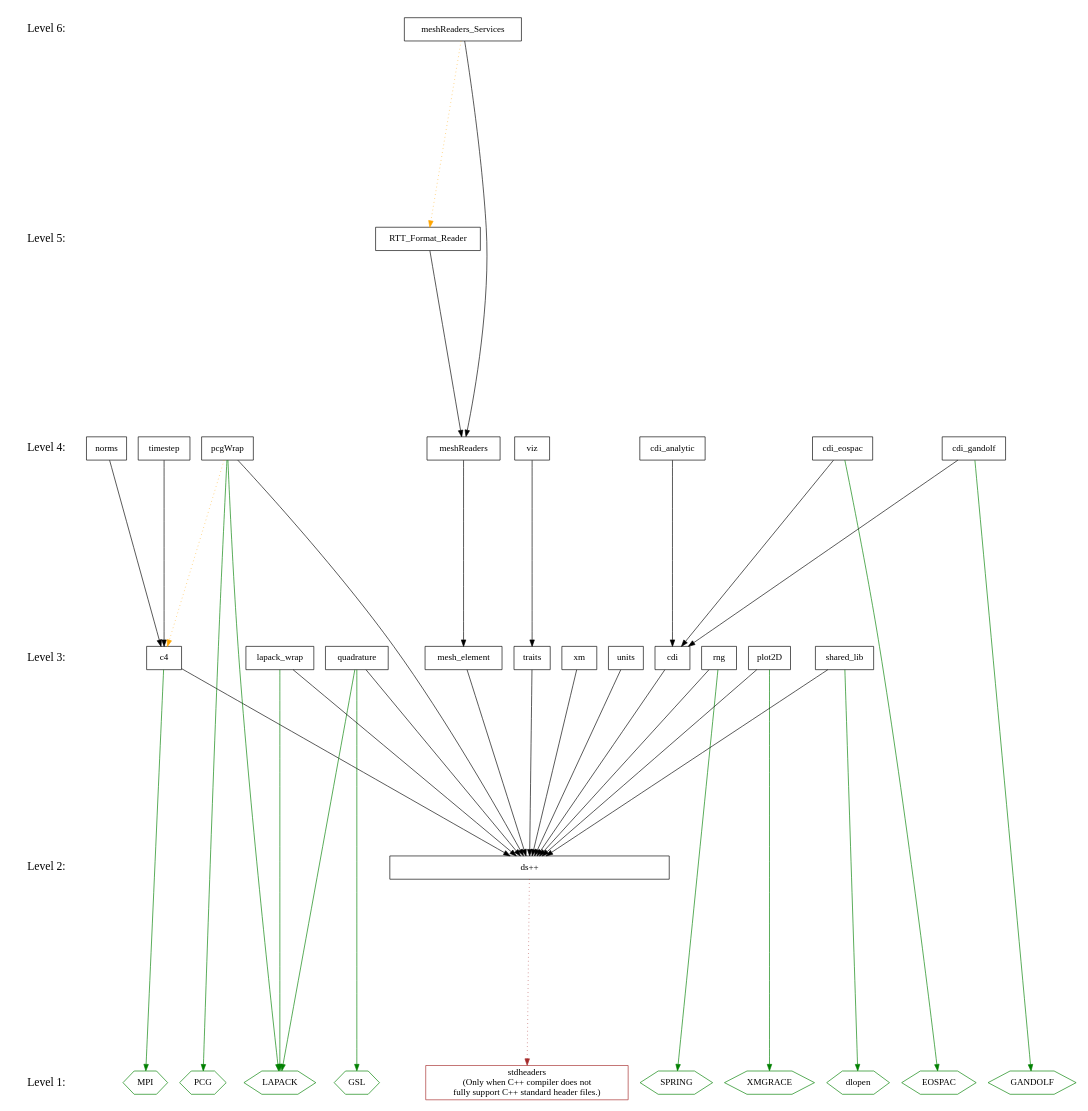
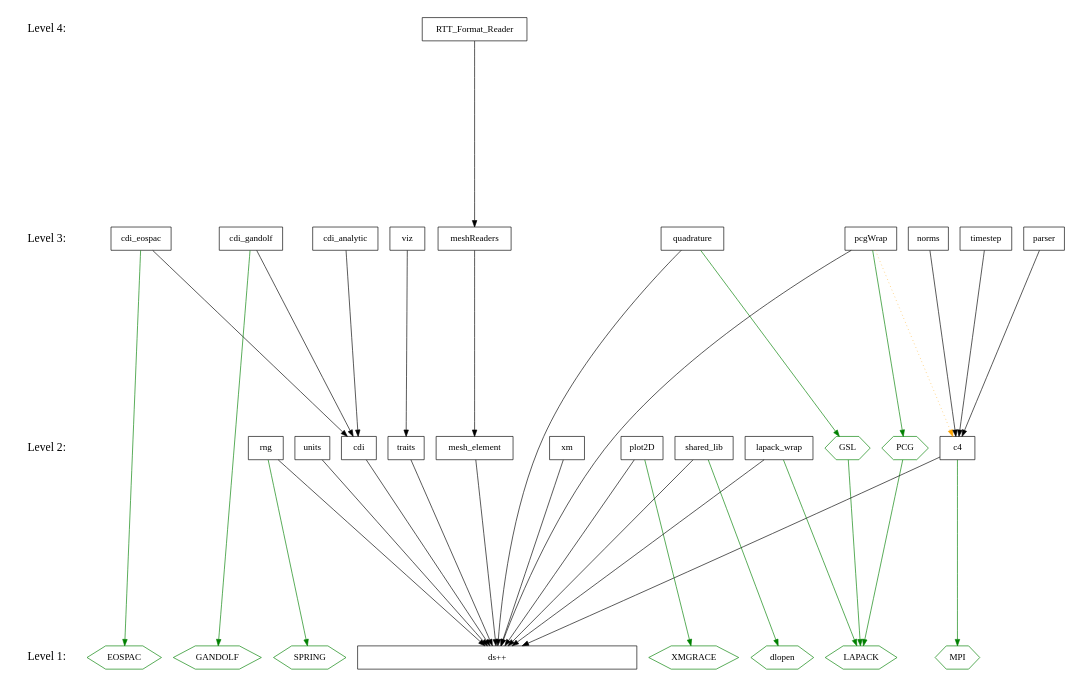
The diagram in doc/design/level.dot (losalamos/Draco), drawn with Graphviz before and after one commit. The commit also changed 51 other files, not shown here.

```diff
--- a/doc/design/level.dot
+++ b/doc/design/level.dot
@@ -1,121 +1,119 @@
 digraph draco_level {
     /* graph attributes */
     center=1;
     size="7.5,10";
     ranksep=4;
     
     /* levels */
     level1 [shape=plaintext, label="Level 1:", fontsize=18];
     level2 [shape=plaintext, label="Level 2:", fontsize=18];
     level3 [shape=plaintext, label="Level 3:", fontsize=18];
     level4 [shape=plaintext, label="Level 4:", fontsize=18];
-    level5 [shape=plaintext, label="Level 5:", fontsize=18];
-    level6 [shape=plaintext, label="Level 6:", fontsize=18];
+/*     level5 [shape=plaintext, label="Level 5:", fontsize=18]; */
+/*    level6 [shape=plaintext, label="Level 6:", fontsize=18]; */
     
-    level6 -> level5 -> level4 -> level3 -> level2 -> level1 [style=invis];
+    /* level6 -> level5 -> */
+    level4 -> level3 -> level2 -> level1 [style=invis];
     
     /* packages */
 
     /* level 1 */
-    stdheaders [shape=box,     color=brown, label="stdheaders\n(Only when C++ compiler does not\nfully support C++ standard header files.)"];
+/*    stdheaders [shape=box,     color=brown, label="stdheaders\n(Only when
+      C++ compiler does not\nfully support C++ standard header files.)"]; */
     vmpi       [shape=hexagon, color=green, label="MPI"];
     vlapack    [shape=hexagon, color=green, label="LAPACK"];
-    vpcg       [shape=hexagon, color=green, label="PCG"];
     vgandolf   [shape=hexagon, color=green, label="GANDOLF"];
     veospac    [shape=hexagon, color=green, label="EOSPAC"];
     vgrace     [shape=hexagon, color=green, label="XMGRACE"];
     vspring    [shape=hexagon, color=green, label="SPRING"];
     vdlopen    [shape=hexagon, color=green, label="dlopen"];
-    vgsl       [shape=hexagon, color=green, label="GSL"];
         
-    /* level 2 */
     dsxx [shape=box, label="ds++", width=6];
     
-    /* level 3 */
+    /* level 2 */
+    vgsl       [shape=hexagon, color=green, label="GSL"];
+    vpcg       [shape=hexagon, color=green, label="PCG"];
+
     traits [shape=box, label="traits"];
     xm     [shape=box, label="xm"];
     c4     [shape=box, label="c4"];
     rng    [shape=box, label="rng"];
     units  [shape=box, label="units"];
     cdi    [shape=box, label="cdi"];
-    quad   [shape=box, label="quadrature"];
     meshelement [shape=box, label="mesh_element"];
     plot   [shape=box, label="plot2D"];
     lapack [shape=box, label="lapack_wrap"];
     shlib  [shape=box, label="shared_lib"];
     
-    /* level 4 */
+    /* level 3 */
+    quad   [shape=box, label="quadrature"];
     viz      [shape=box, label="viz"];
     timestep [shape=box, label="timestep"];
     cdianal  [shape=box, label="cdi_analytic"];
     cdieos   [shape=box, label="cdi_eospac"];
     cdigan   [shape=box, label="cdi_gandolf"];
     pcg      [shape=box, label="pcgWrap"];
     meshread [shape=box, label="meshReaders"];
+    parser   [shape=box, label="parser"];
     norms    [shape=box, label="norms"];
     
-    /* level 5 */
+    /* level 4 */
     rttread     [shape=box, label="RTT_Format_Reader"];
     
     /* level 6 */
-    meshservice [shape=box, label="meshReaders_Services"];
+/*    meshservice [shape=box, label="meshReaders_Services"]; */
     
     /* dependencies */
-    {rank=same; level1 stdheaders vlapack vpcg vmpi veospac  vgandolf vgrace vspring vdlopen vgsl};
-    {rank=same; level2 dsxx};
-    {rank=same; level3 shlib plot lapack traits xm c4 rng units cdi quad meshelement};
-    {rank=same; level4 viz timestep cdianal cdieos cdigan pcg meshread};
-    {rank=same; level5 rttread};
-    {rank=same; level6 meshservice};
+    {rank=same; level1 dsxx vlapack vmpi veospac  vgandolf vgrace vspring vdlopen };
+    {rank=same; level2 shlib plot lapack traits xm c4 rng units cdi meshelement vgsl vpcg};
+    {rank=same; level3 viz timestep cdianal cdieos cdigan pcg meshread quad parser};
+    {rank=same; level4 rttread};
+/*    {rank=same; level6 meshservice}; */
     
     /* draco packages */
 
     /* NOTE:  hidden dependencies are in comments at the end of each line.
      * For example if a package depends on c4 it implicitly depends on dsxx
      * as well.  The dependency on dsxx is not shown explicitly on the
      * graph. 
     
     /* level 2 */
-    dsxx -> {stdheaders}   [color="brown" style=dotted];
-    
-    /* level 3 */
     xm          -> {dsxx};
     units       -> {dsxx};
     traits      -> {dsxx};
     c4          -> {dsxx};
     c4          -> {vmpi}         [color="green"];
     rng         -> {dsxx};
     rng         -> {vspring}      [color="green"];
     cdi         -> {dsxx};
     meshelement -> {dsxx};
-    quad        -> {dsxx};
-    quad        -> {vgsl vlapack} [color="green"];
     plot        -> {dsxx};
     plot        -> {vgrace}       [color="green"];
     lapack      -> {dsxx};
     lapack      -> {vlapack}      [color="green"];
     shlib       -> {dsxx};
     shlib       -> {vdlopen}      [color="green"];
+    vgsl        -> {vlapack}      [color="green"];
+    vpcg        -> {vlapack}      [color="green"];
     
-    /* level 4 */
+    /* level 3 */
+    quad        -> {dsxx};
+    quad        -> {vgsl}         [color="green"];
     viz         -> {traits};      /* traits: dsxx */
     timestep    -> {c4};          /* c4      : dsxx */
     pcg         -> {dsxx};
-    pcg         -> {vlapack vpcg} [color="green"];
+    pcg         -> {vpcg} [color="green"];
     pcg         -> {c4}           [color="orange" style=dotted];
     cdianal     -> {cdi};         /* cdi     : dsxx */
     cdieos      -> {cdi};         /* cdi     : dsxx */
     cdieos      -> {veospac}      [color="green"]; 
     cdigan      -> {cdi};         /* cdi     : dsxx */
     cdigan      -> {vgandolf}     [color="green"];
     meshread    -> {meshelement};
+    parser      -> {c4}; /* dsxx */
     norms       -> {c4}; /* dsxx */
 
-    /* level 5 */
+    /* level 4 */
     rttread     -> {meshread};           /* meshread: dsxx */
 
-    /* level 6 */
-    meshservice -> {meshread};           /* meshread: dsxx */
-    meshservice -> {rttread} [color="orange" style=dotted];
-
 }
```
